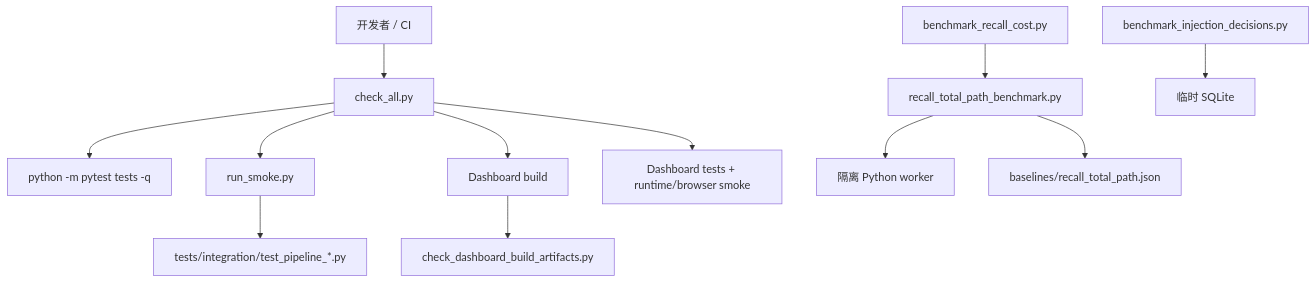
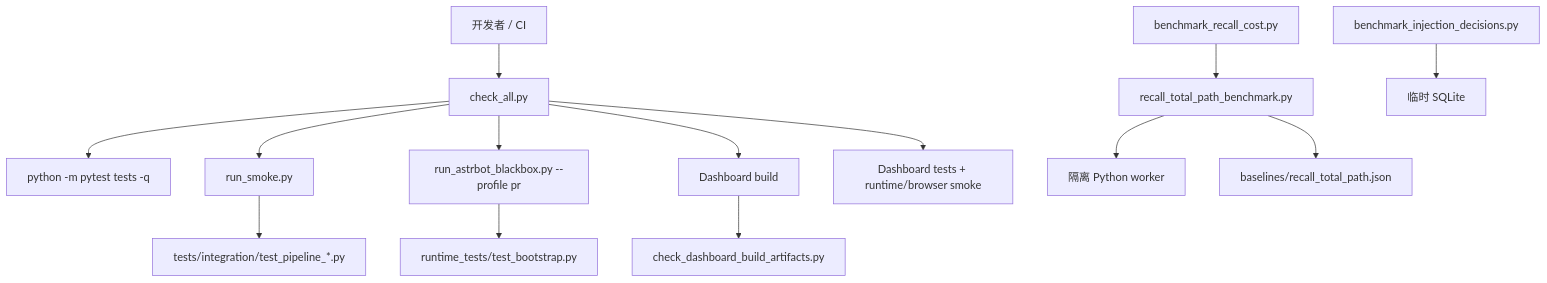
The diagram in scripts/AGENTS.md (INSide-734/astrbot_plugin_memora), drawn with Mermaid before and after one commit. The commit also changed other lines of this file and 3 other files, not shown here.

````diff
--- a/scripts/AGENTS.md
+++ b/scripts/AGENTS.md
@@ -30,14 +31,16 @@
 ```mermaid
 flowchart TD
     D["开发者 / CI"] --> A["check_all.py"]
     A --> P["python -m pytest tests -q"]
     A --> S["run_smoke.py"]
     S --> I["tests/integration/test_pipeline_*.py"]
+    A --> X["run_astrbot_blackbox.py --profile pr"]
+    X --> RT["runtime_tests/test_bootstrap.py"]
     A --> B["Dashboard build"]
     B --> C["check_dashboard_build_artifacts.py"]
     A --> V["Dashboard tests + runtime/browser smoke"]
     R["benchmark_recall_cost.py"] --> H["recall_total_path_benchmark.py"]
     H --> W["隔离 Python worker"]
     H --> J["baselines/recall_total_path.json"]
     Q["benchmark_injection_decisions.py"] --> T["临时 SQLite"]
 ```
````
